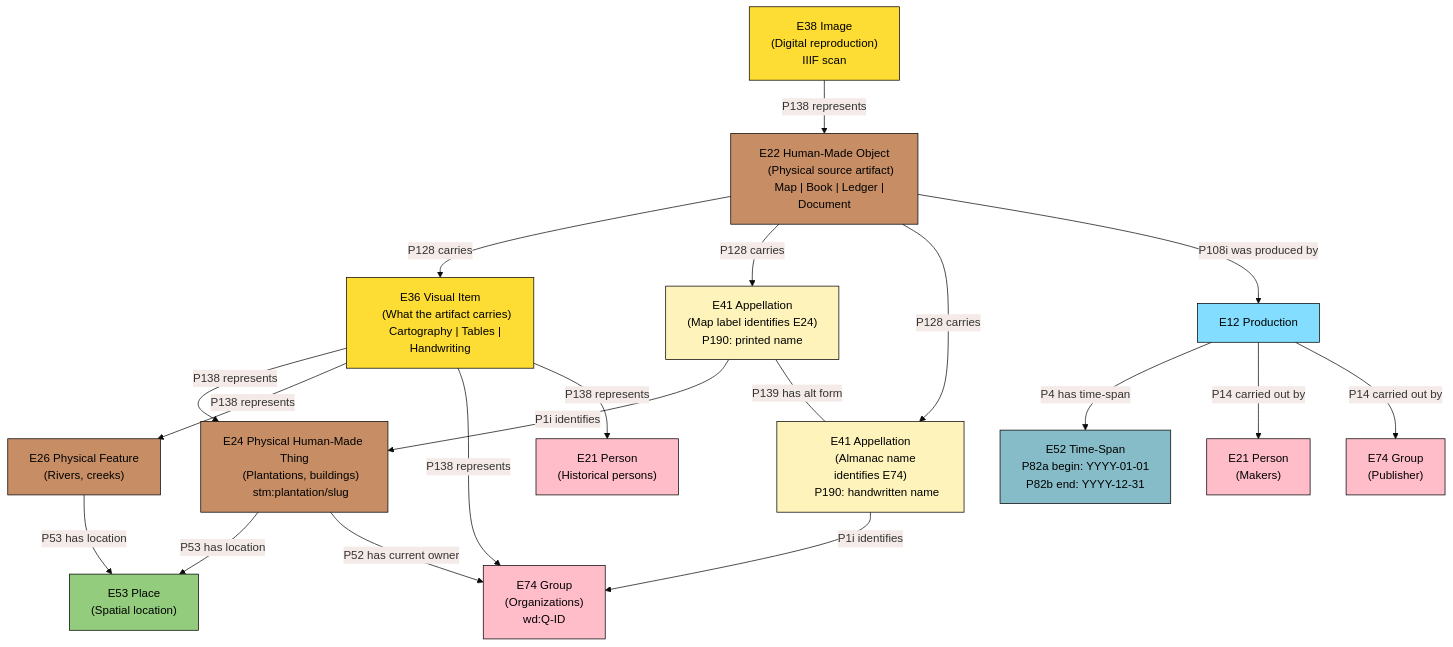
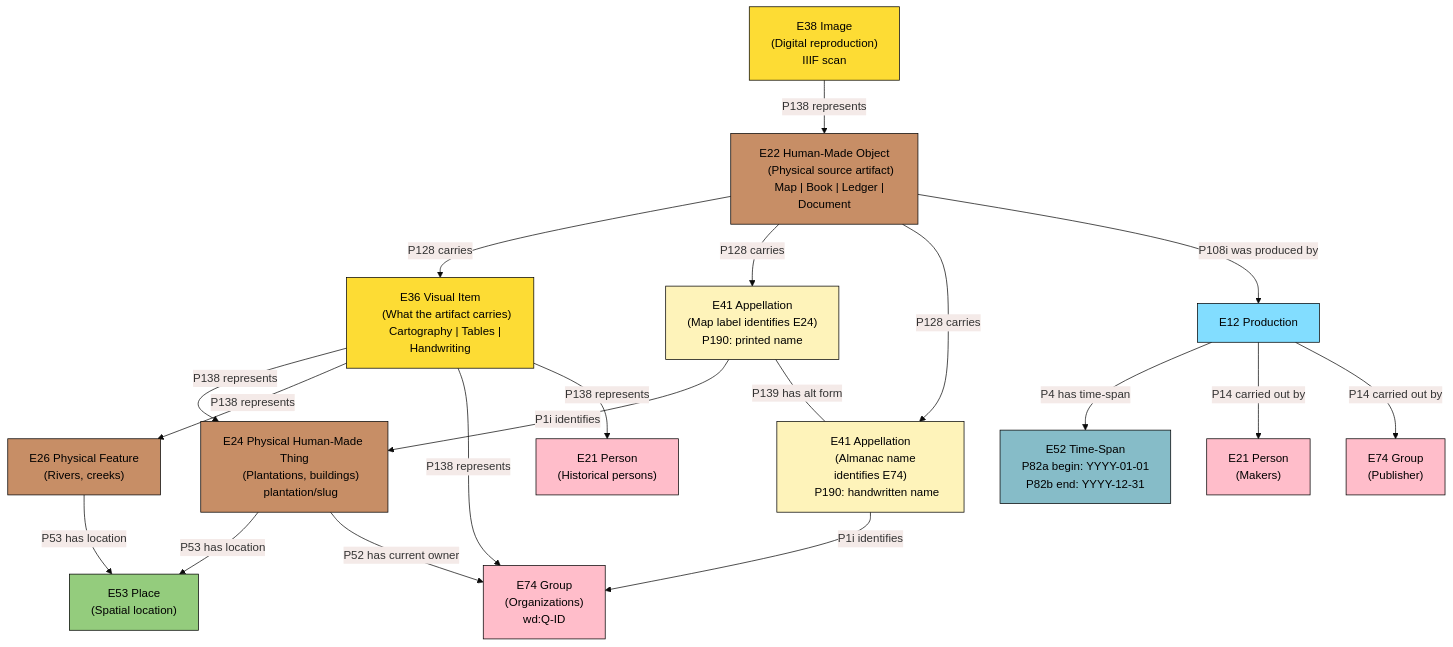
The eighth of 8 diagrams in docs/models/source-pattern-explained.mdx (jonaschlegel/suriname-database-model), drawn with Mermaid before and after one commit. The commit also changed other lines of this file and 21 other files, not shown here.

```diff
--- a/docs/models/source-pattern-explained.mdx
+++ b/docs/models/source-pattern-explained.mdx
@@ -440,7 +440,7 @@
 
     E24["E24 Physical Human-Made Thing
     (Plantations, buildings)
-    stm:plantation/slug"]
+    plantation/slug"]
 
     E26["E26 Physical Feature
     (Rivers, creeks)"]
```
